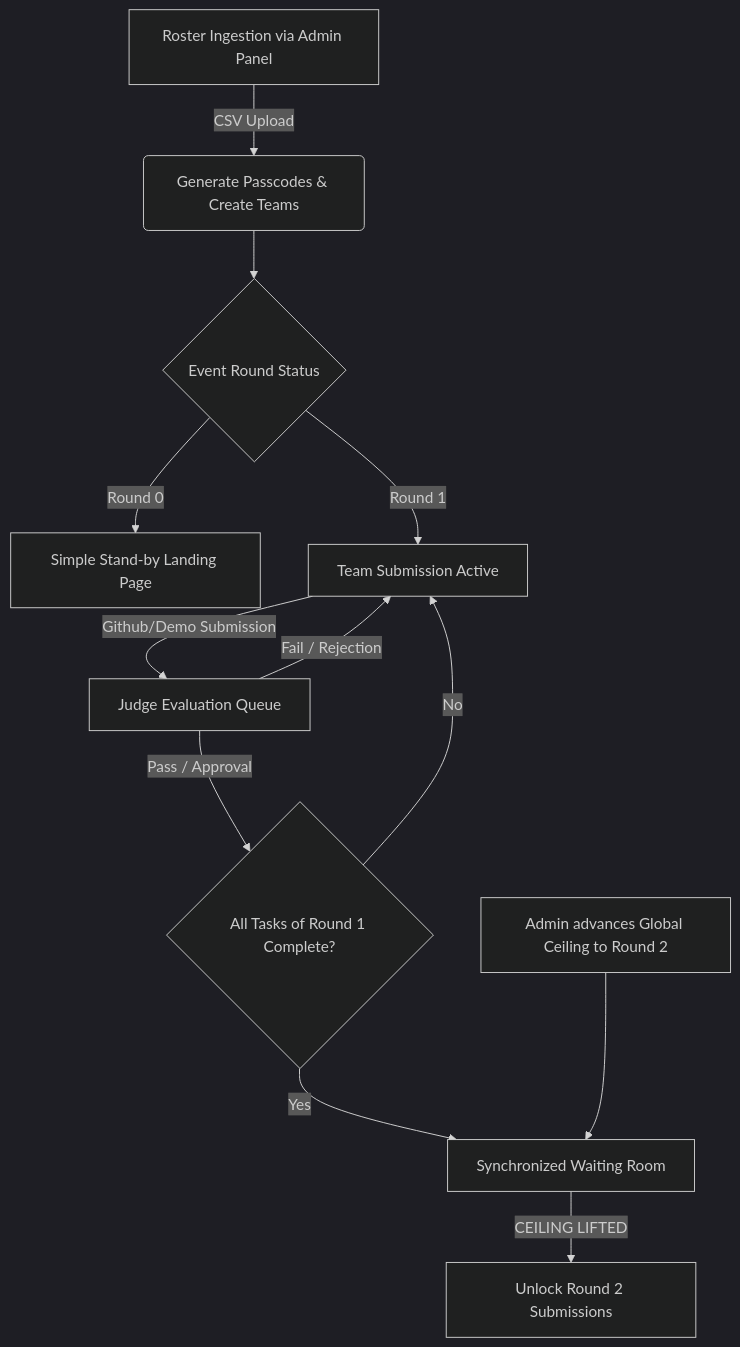
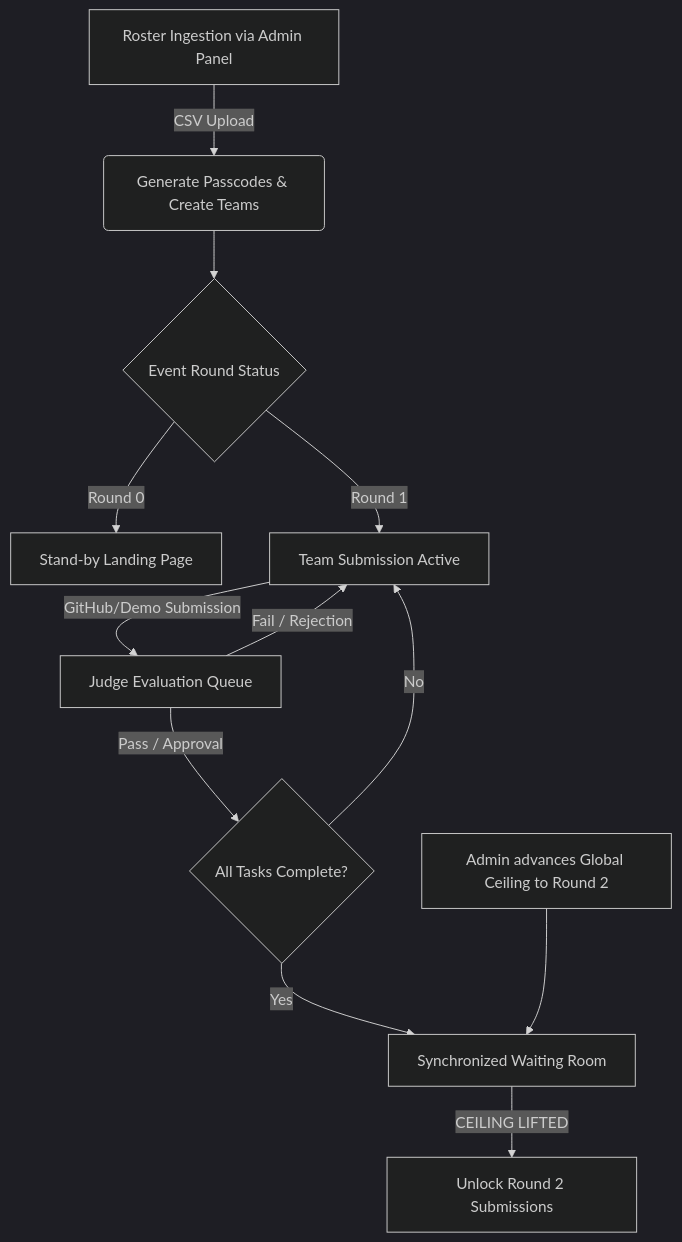
Before and after one commit to abhinavv27/Unlock-D-Portal: the diagram in README.md, drawn with Mermaid (dark theme). The commit also changed other lines of this file, not shown here.

````diff
--- a/README.md
+++ b/README.md
@@ -28,18 +26,14 @@
 ```mermaid
 graph TD
     A[Roster Ingestion via Admin Panel] -->|CSV Upload| B(Generate Passcodes & Create Teams)
     B --> C{Event Round Status}
-    
-    C -->|Round 0| D[Simple Stand-by Landing Page]
+    C -->|Round 0| D[Stand-by Landing Page]
     C -->|Round 1| E[Team Submission Active]
-    
-    E -->|Github/Demo Submission| F[Judge Evaluation Queue]
+    E -->|GitHub/Demo Submission| F[Judge Evaluation Queue]
     F -->|Fail / Rejection| E
-    F -->|Pass / Approval| G{All Tasks of Round 1 Complete?}
-    
+    F -->|Pass / Approval| G{All Tasks Complete?}
     G -->|No| E
     G -->|Yes| H[Synchronized Waiting Room]
-    
     I[Admin advances Global Ceiling to Round 2] --> H
     H -->|CEILING LIFTED| J[Unlock Round 2 Submissions]
 ```
````
